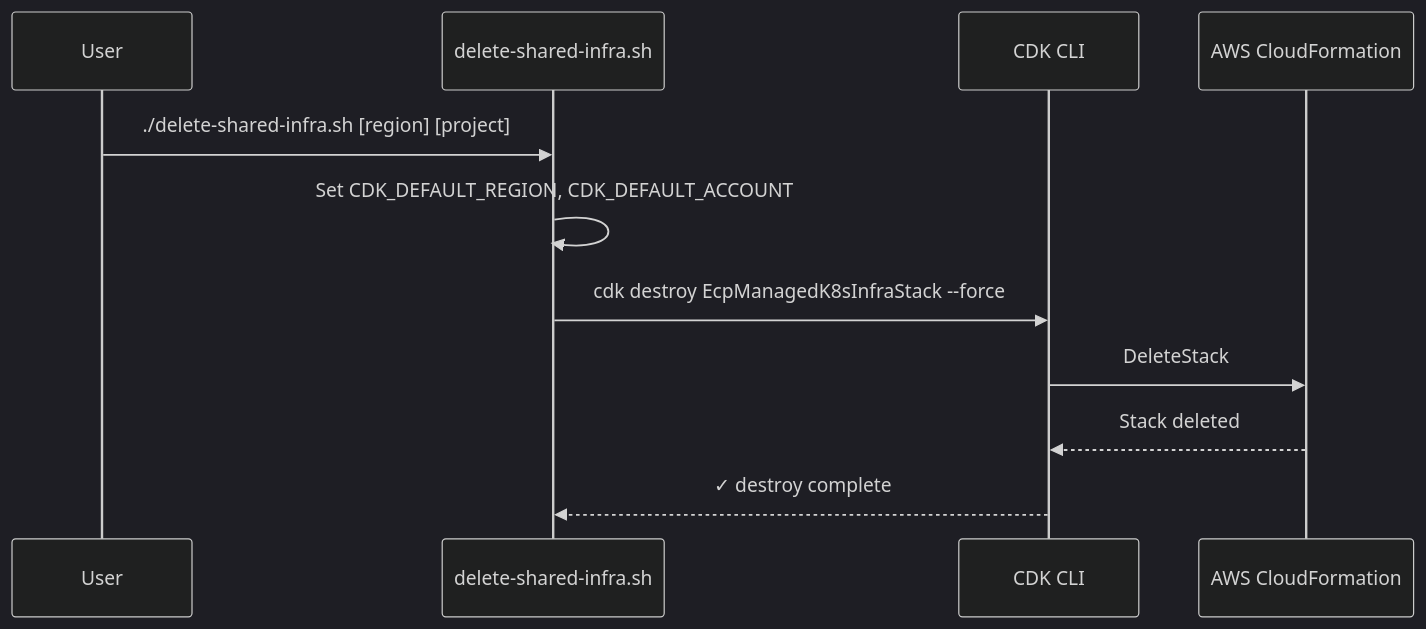
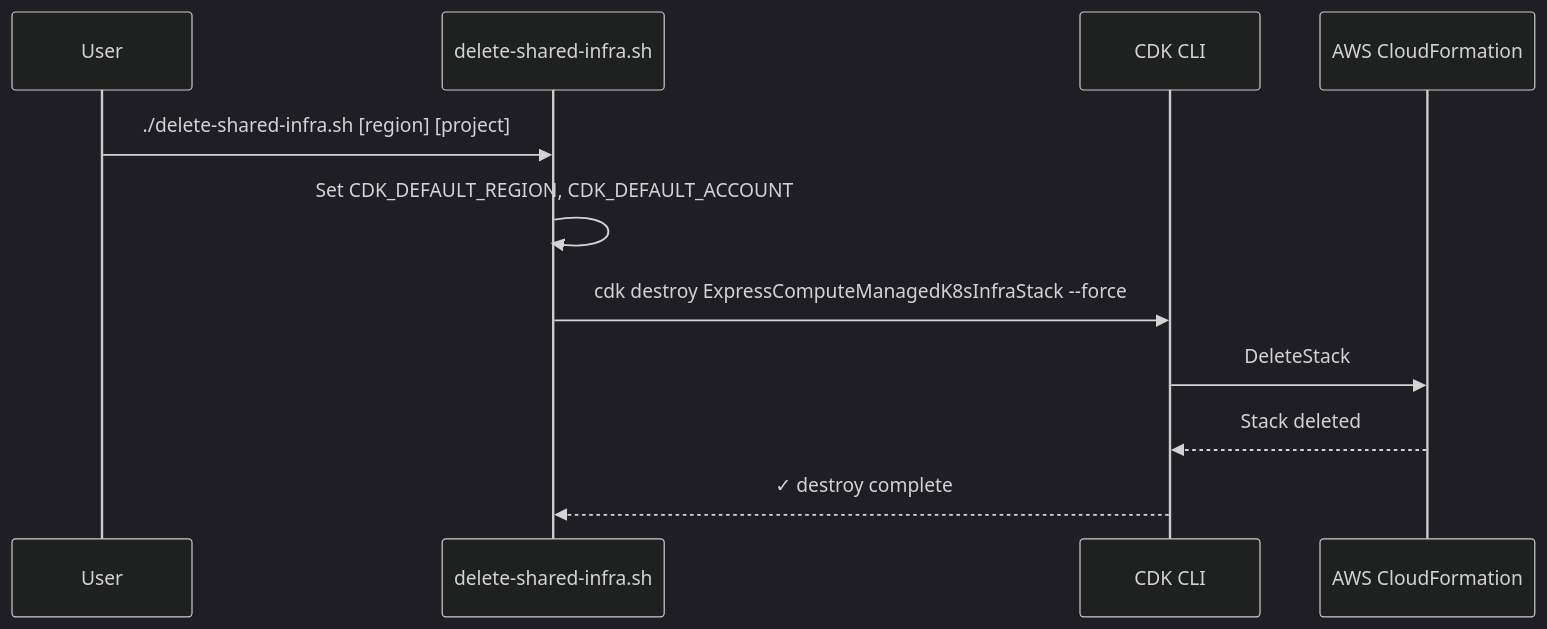
One commit to codriverlabs/express-compute-managed-k8s-infra changed the second of 5 diagrams in .agents/summary/workflows.md. Above: the diagram before and after it, drawn with Mermaid (dark theme). The commit also changed other lines of this file and 14 other files, not shown here.

Commit message:
Rename EcpManagedK8sInfraStack to ExpressComputeManagedK8sInfraStack

````diff
--- a/.agents/summary/workflows.md
+++ b/.agents/summary/workflows.md
@@ -31,14 +31,14 @@
 ```mermaid
 sequenceDiagram
     participant User
     participant Script as delete-shared-infra.sh
     participant CDK as CDK CLI
     participant AWS as AWS CloudFormation
 
     User->>Script: ./delete-shared-infra.sh [region] [project]
     Script->>Script: Set CDK_DEFAULT_REGION, CDK_DEFAULT_ACCOUNT
-    Script->>CDK: cdk destroy EcpManagedK8sInfraStack --force
+    Script->>CDK: cdk destroy ExpressComputeManagedK8sInfraStack --force
     CDK->>AWS: DeleteStack
     AWS-->>CDK: Stack deleted
     CDK-->>Script: ✓ destroy complete
 ```
````
